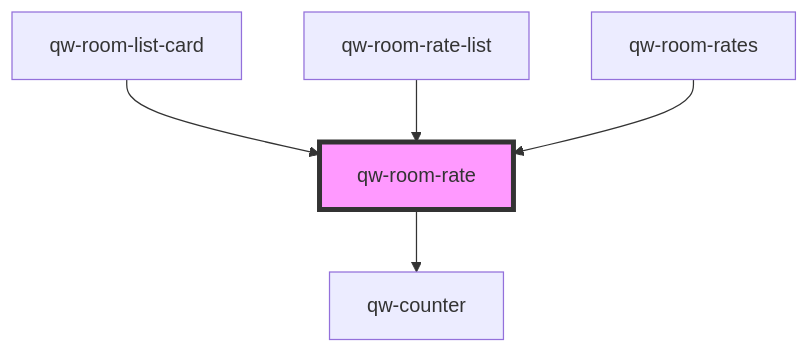
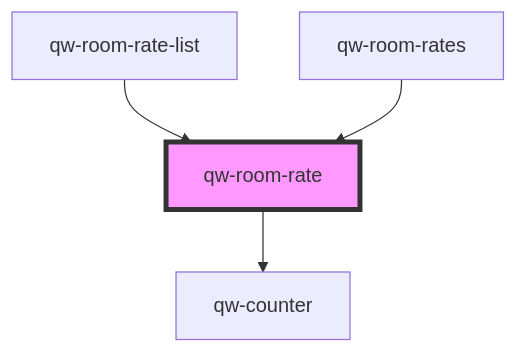
Before and after one commit to qwentes-team/qw-hotels: the diagram in src/components/qw-room-rate/readme.md, drawn with Mermaid. The commit also changed other lines of this file and 12 other files, not shown here.

````diff
--- a/src/components/qw-room-rate/readme.md
+++ b/src/components/qw-room-rate/readme.md
@@ -43,8 +42,7 @@
 ```mermaid
 graph TD;
   qw-room-rate --> qw-counter
-  qw-room-list-card --> qw-room-rate
   qw-room-rate-list --> qw-room-rate
   qw-room-rates --> qw-room-rate
   style qw-room-rate fill:#f9f,stroke:#333,stroke-width:4px
 ```
````
